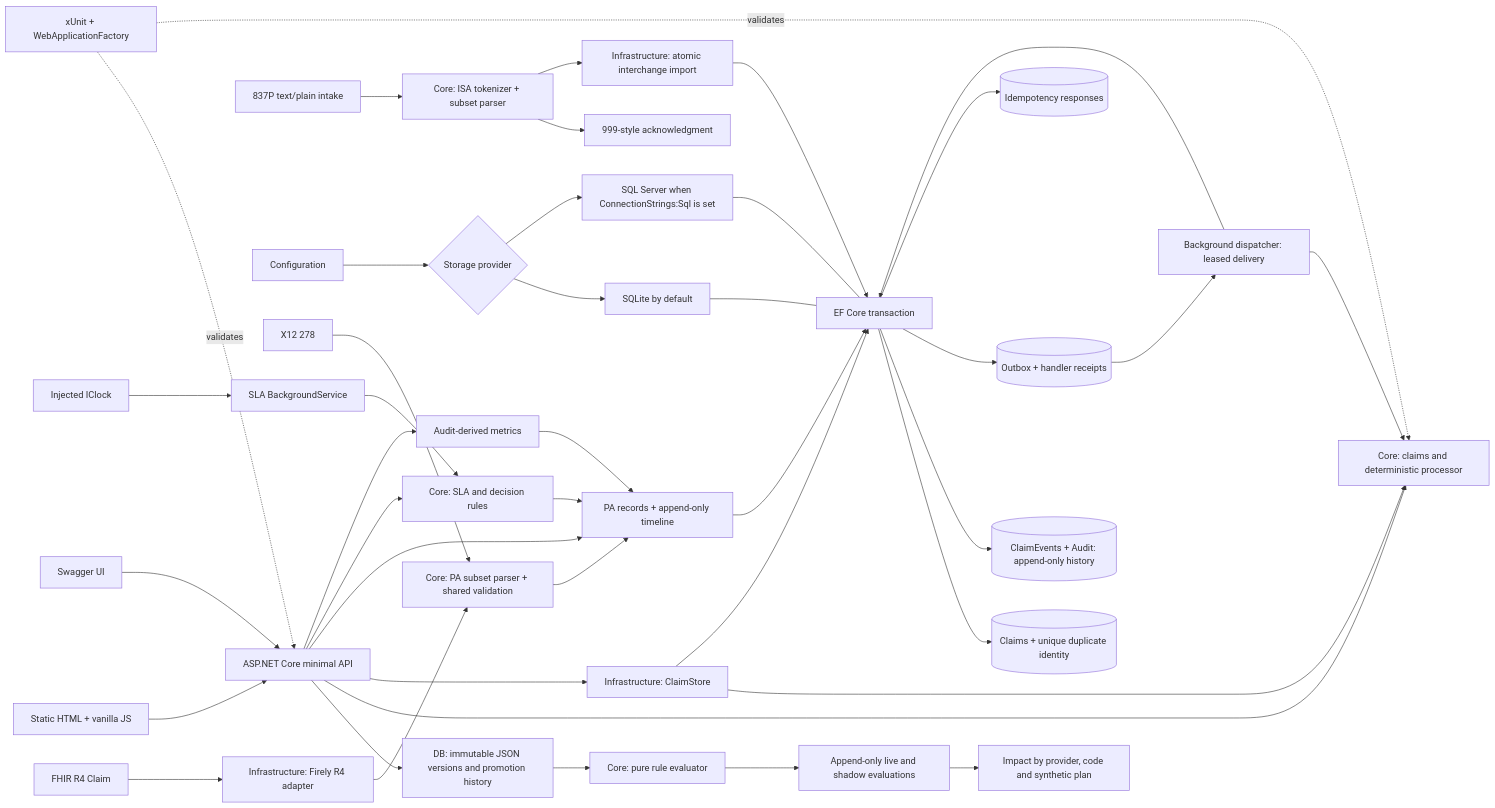
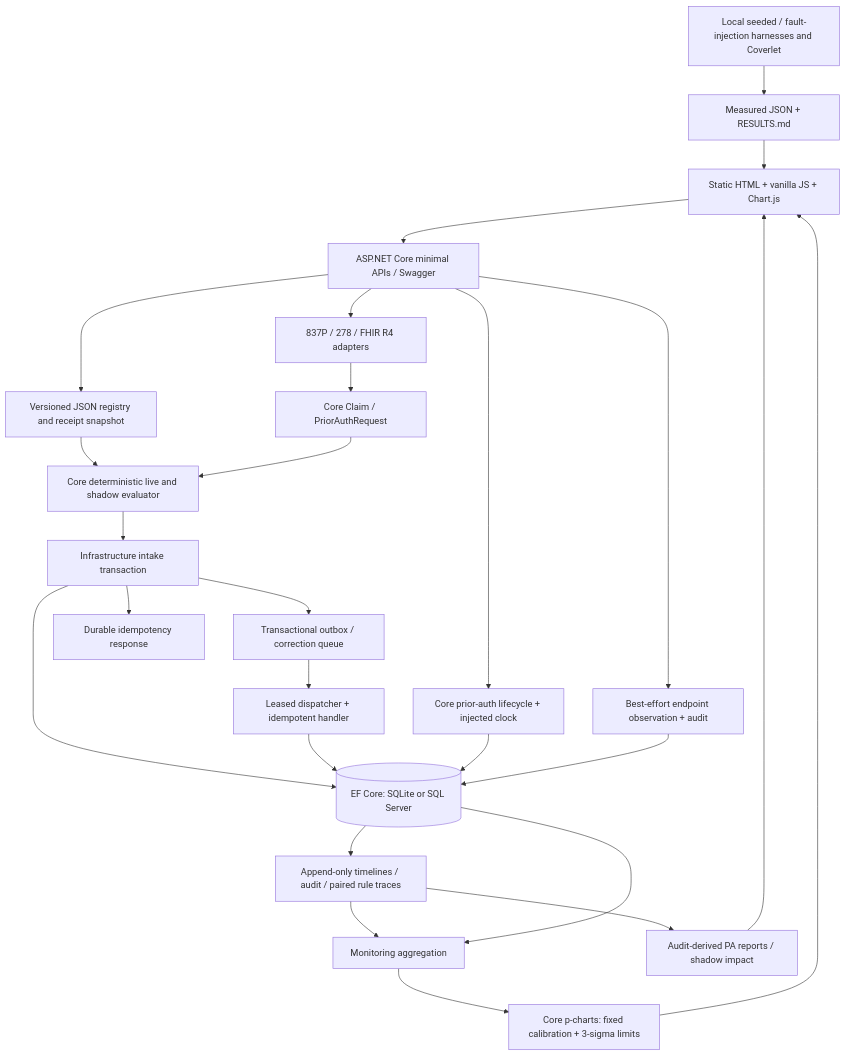
The diagram in README.md (Abhyudaya01/medibridge), drawn with Mermaid before and after one commit. The commit also changed other lines of this file and 39 other files, not shown here.

Commit message:
Add failure p-charts and measured drift coverage (#8)

````diff
--- a/README.md
+++ b/README.md
@@ -71,43 +46,28 @@
 ```mermaid
-flowchart LR
-    Browser[Static HTML + vanilla JS] --> API[ASP.NET Core minimal API]
-    Swagger[Swagger UI] --> API
-    X12[837P text/plain intake] --> Parser[Core: ISA tokenizer + subset parser]
-    Parser --> Ack[999-style acknowledgment]
-    Parser --> Batch[Infrastructure: atomic interchange import]
-    Batch --> EF
-    API --> Registry[DB: immutable JSON versions and promotion history]
-    Registry --> Evaluator[Core: pure rule evaluator]
-    Evaluator --> Paired[Append-only live and shadow evaluations]
-    Paired --> Impact[Impact by provider, code and synthetic plan]
-    API --> Core[Core: claims and deterministic processor]
-    API --> Store[Infrastructure: ClaimStore]
-    Store --> Core
-    Store --> EF[EF Core transaction]
-    EF --> Claims[(Claims + unique duplicate identity)]
-    EF --> Events[(ClaimEvents + Audit: append-only history)]
-    EF --> Outbox[(Outbox + handler receipts)]
-    EF --> Keys[(Idempotency responses)]
-    Outbox --> Worker[Background dispatcher: leased delivery]
-    Worker --> Core
-    Worker --> EF
-    Config[Configuration] --> Provider{Storage provider}
-    Provider --> SQLite[SQLite by default]
-    Provider --> SQL[SQL Server when ConnectionStrings:Sql is set]
-    SQLite --- EF
-    SQL --- EF
-    PA278[X12 278] --> PAMap[Core: PA subset parser + shared validation]
-    FHIR[FHIR R4 Claim] --> Firely[Infrastructure: Firely R4 adapter]
-    Firely --> PAMap
-    PAMap --> PAStore[PA records + append-only timeline]
-    API --> PAStore
-    PAStore --> EF
-    Clock[Injected IClock] --> SLA[SLA BackgroundService]
-    SLA --> Decisions[Core: SLA and decision rules]
-    API --> Decisions
-    Decisions --> PAStore
-    Reports[Audit-derived metrics] --> PAStore
-    API --> Reports
-    Tests[xUnit + WebApplicationFactory] -. validates .-> API
-    Tests -. validates .-> Core
+flowchart TD
+    UI[Static HTML + vanilla JS + Chart.js] --> API[ASP.NET Core minimal APIs / Swagger]
+    API --> Adapters[837P / 278 / FHIR R4 adapters]
+    Adapters --> Canonical[Core Claim / PriorAuthRequest]
+    API --> Registry[Versioned JSON registry and receipt snapshot]
+    Registry --> Evaluate[Core deterministic live and shadow evaluator]
+    Canonical --> Evaluate
+    Evaluate --> Intake[Infrastructure intake transaction]
+    Intake --> DB[(EF Core: SQLite or SQL Server)]
+    Intake --> Outbox[Transactional outbox / correction queue]
+    Intake --> Keys[Durable idempotency response]
+    Outbox --> Worker[Leased dispatcher + idempotent handler]
+    Worker --> DB
+    API --> PA[Core prior-auth lifecycle + injected clock]
+    PA --> DB
+    DB --> History[Append-only timelines / audit / paired rule traces]
+    API --> HTTP[Best-effort endpoint observation + audit]
+    HTTP --> DB
+    History --> Monitoring[Monitoring aggregation]
+    DB --> Monitoring
+    Monitoring --> Charts[Core p-charts: fixed calibration + 3-sigma limits]
+    Charts --> UI
+    History --> Reports[Audit-derived PA reports / shadow impact]
+    Reports --> UI
+    Harnesses[Local seeded / fault-injection harnesses and Coverlet] --> Artifacts[Measured JSON + RESULTS.md]
+    Artifacts --> UI
 ```
````
